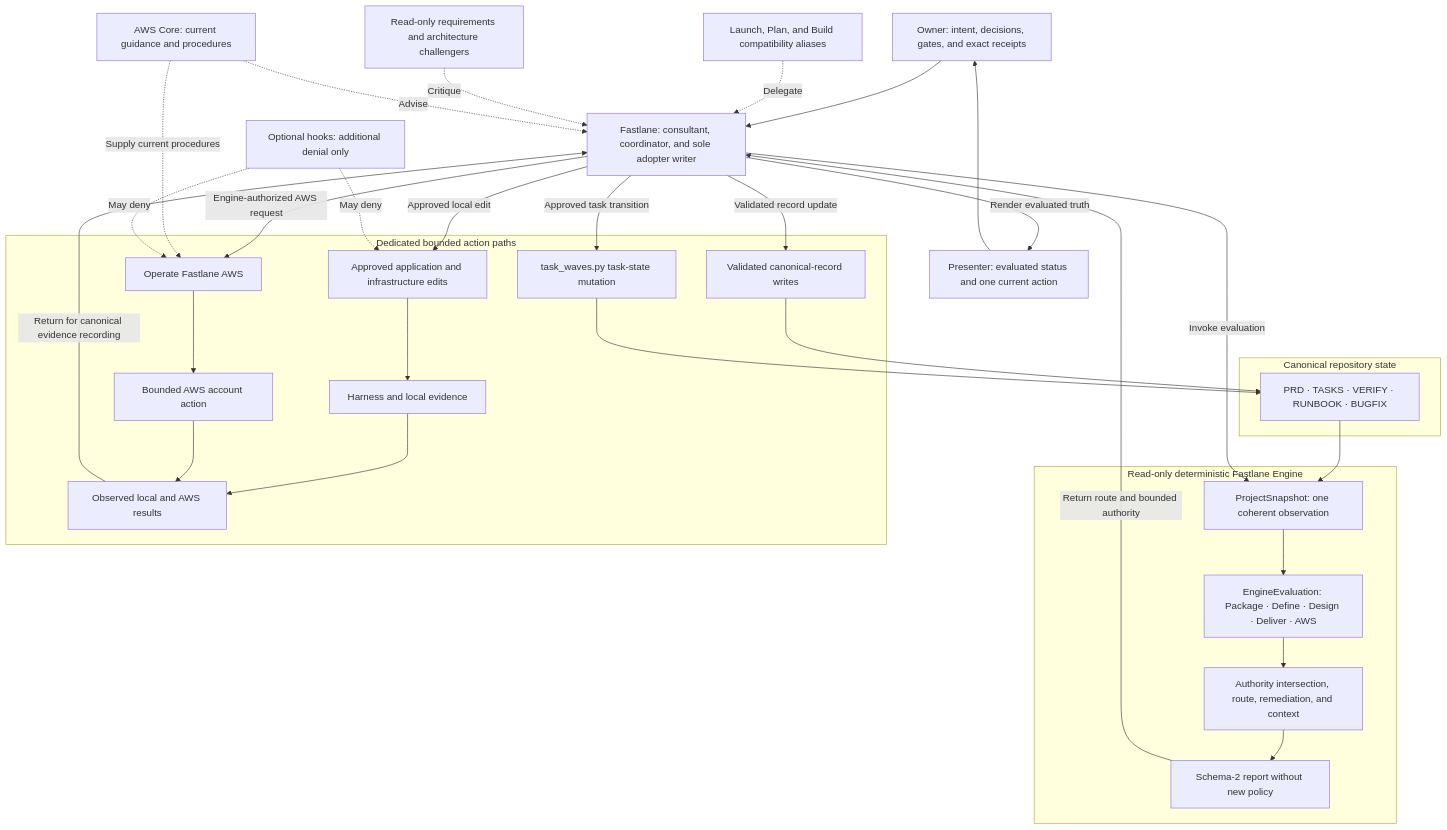
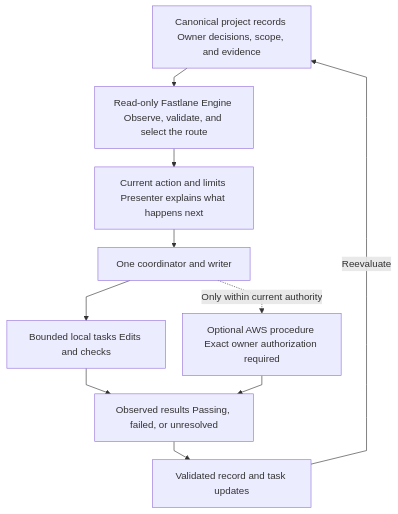
The second of 2 diagrams in docs/WORKFLOW.md (Levi-Breedlove/codex-aws-aidlc), drawn with Mermaid before and after one commit. The commit also changed other lines of this file and 87 other files, not shown here.

First line of the commit message:
feat: qualify Fastlane 1.4 local alpha (#124)

````diff
--- a/docs/WORKFLOW.md
+++ b/docs/WORKFLOW.md
@@ -184,56 +194,21 @@
 ```mermaid
+%%{init: {"flowchart": {"curve": "linear", "nodeSpacing": 28, "rankSpacing": 30}, "themeVariables": {"fontSize": "16px"}}}%%
 flowchart TB
     accTitle: Fastlane technical control plane and evidence loop
-    accDescr: One coordinator evaluates canonical repository state through a read-only Engine, invokes only bounded action paths, and returns every observed result for canonical recording and reevaluation.
+    accDescr: Canonical project records enter one coherent read-only Engine observation. The Engine validates facts, selects a route, and narrows authority. The presenter explains the current action. One coordinator uses dedicated bounded local or separately authorized AWS procedures, records observed results through validated writes, and reevaluates the records.
 
-    OWNER["Owner: intent, decisions, gates, and exact receipts"]
-    COORD["Fastlane: consultant, coordinator, and sole adopter writer"]
-    PRESENTER["Presenter: evaluated status and one current action"]
-    ALIASES["Launch, Plan, and Build compatibility aliases"]
-    CRITICS["Read-only requirements and architecture challengers"]
-    AWSCORE["AWS Core: current guidance and procedures"]
-    HOOKS["Optional hooks: additional denial only"]
+    RECORDS["Canonical project records Owner decisions, scope, and evidence"]
+    ENGINE["Read-only Fastlane Engine Observe, validate, and select the route"]
+    REPORT["Current action and limits Presenter explains what happens next"]
+    COORD["One coordinator and writer"]
+    LOCAL["Bounded local tasks Edits and checks"]
+    AWS["Optional AWS procedure Exact owner authorization required"]
+    RESULTS["Observed results Passing, failed, or unresolved"]
+    WRITE["Validated record and task updates"]
 
-    subgraph STATE["Canonical repository state"]
-        RECORDS["PRD · TASKS · VERIFY · RUNBOOK · BUGFIX"]
-    end
-
-    subgraph ENGINE["Read-only deterministic Fastlane Engine"]
-        SNAP["ProjectSnapshot: one coherent observation"]
-        EVAL["EngineEvaluation: Package · Define · Design · Deliver · AWS"]
-        AUTH["Authority intersection, route, remediation, and context"]
-        REPORT["Schema-2 report without new policy"]
-
-        SNAP --> EVAL --> AUTH --> REPORT
-    end
-
-    subgraph PATHS["Dedicated bounded action paths"]
-        WRITES["Validated canonical-record writes"]
-        TASKSTATE["task_waves.py task-state mutation"]
-        LOCAL["Approved application and infrastructure edits"]
-        CHECKS["Harness and local evidence"]
-        OPERATE["Operate Fastlane AWS"]
-        ACCOUNT["Bounded AWS account action"]
-        RESULTS["Observed local and AWS results"]
-    end
-
-    OWNER --> COORD
-    ALIASES -. "Delegate" .-> COORD
-    CRITICS -. "Critique" .-> COORD
-    AWSCORE -. "Advise" .-> COORD
-
-    RECORDS --> SNAP
-    COORD -->|"Invoke evaluation"| SNAP
-    REPORT -->|"Return route and bounded authority"| COORD
-    COORD -->|"Render evaluated truth"| PRESENTER --> OWNER
-
-    COORD -->|"Validated record update"| WRITES --> RECORDS
-    COORD -->|"Approved task transition"| TASKSTATE --> RECORDS
-    COORD -->|"Approved local edit"| LOCAL --> CHECKS --> RESULTS
-    COORD -->|"Engine-authorized AWS request"| OPERATE --> ACCOUNT --> RESULTS
-
-    AWSCORE -. "Supply current procedures" .-> OPERATE
-    HOOKS -. "May deny" .-> LOCAL
-    HOOKS -. "May deny" .-> OPERATE
-    RESULTS -->|"Return for canonical evidence recording"| COORD
+    RECORDS --> ENGINE --> REPORT --> COORD
+    COORD --> LOCAL --> RESULTS
+    COORD -. "Only within current authority" .-> AWS
+    AWS --> RESULTS --> WRITE
+    WRITE -->|"Reevaluate"| RECORDS
 ```
````
